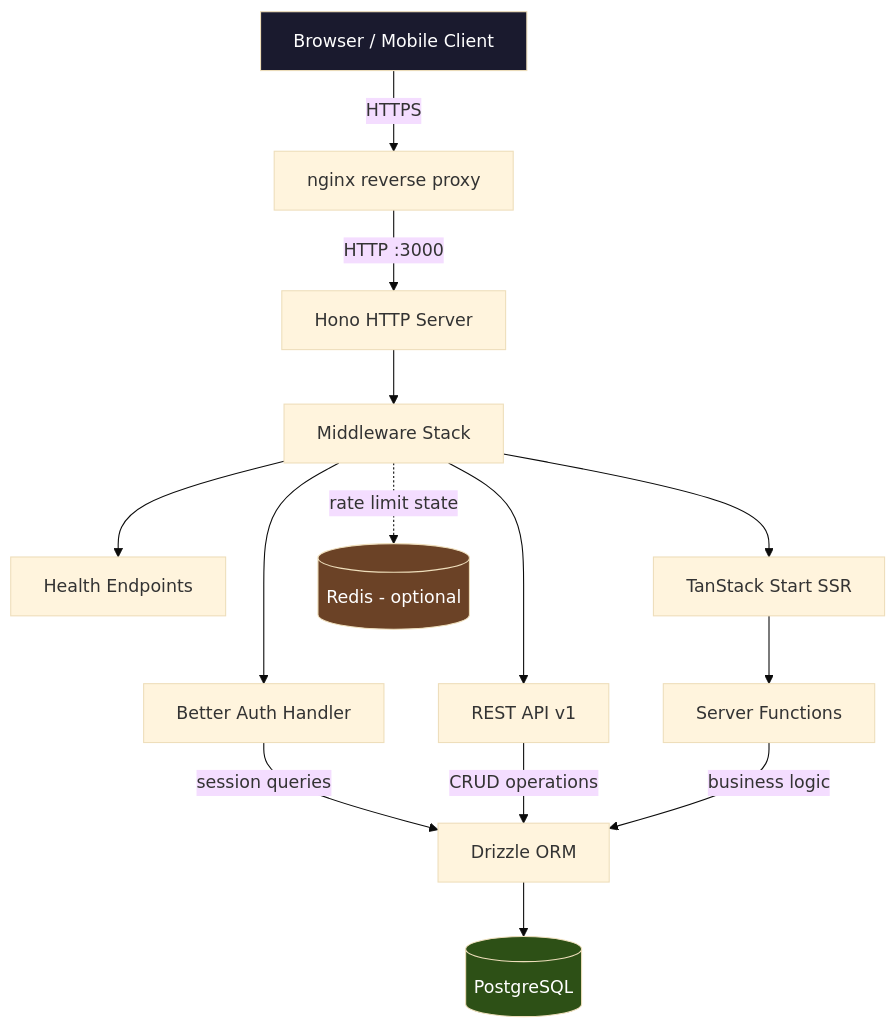
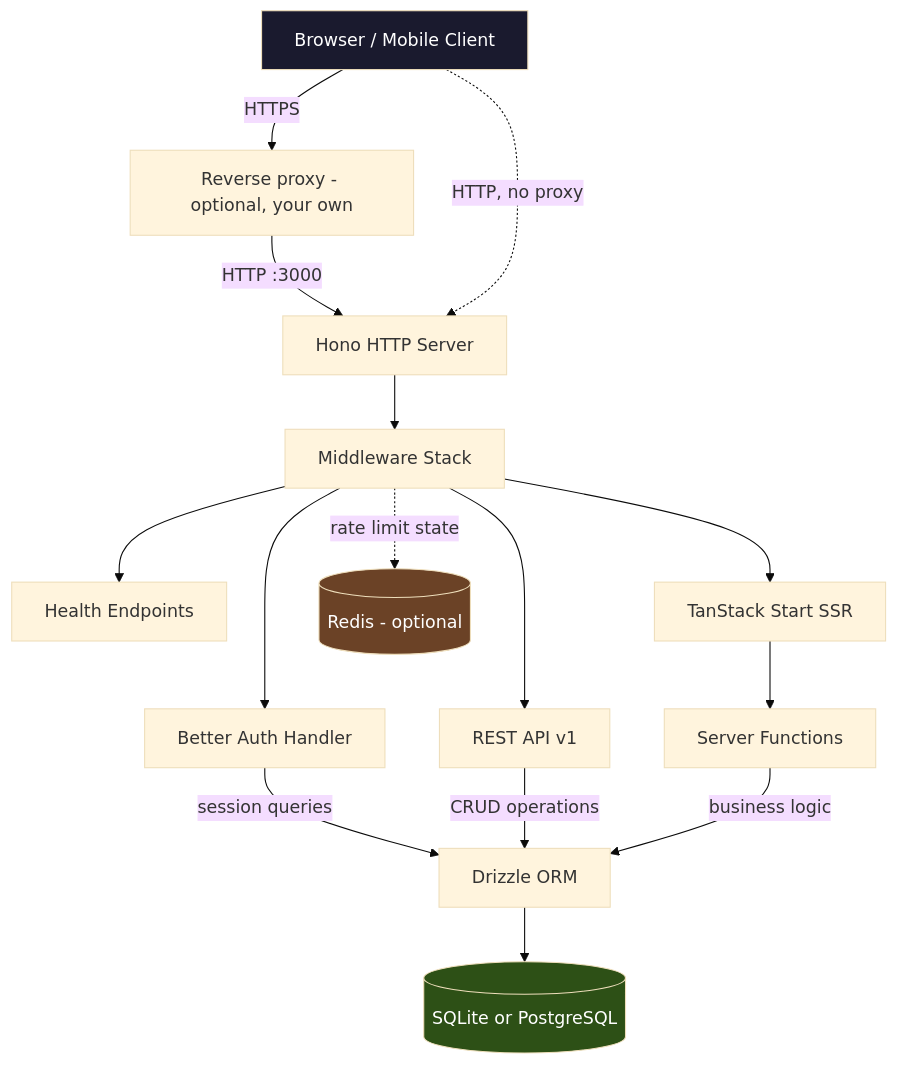
One commit to darshan-rambhia/vamsa changed the first of 2 diagrams in docs/guides/architecture.md. Above: the diagram before and after it, drawn with Mermaid (base theme). The commit also changed other lines of this file and 70 other files, not shown here.

````diff
--- a/docs/guides/architecture.md
+++ b/docs/guides/architecture.md
@@ -40,36 +42,37 @@
 ```mermaid
 flowchart TD
     Client[Browser / Mobile Client]
-    Nginx[nginx reverse proxy]
+    Proxy[Reverse proxy - optional, your own]
     Hono[Hono HTTP Server]
     MW[Middleware Stack]
     Health[Health Endpoints]
     Auth[Better Auth Handler]
     API[REST API v1]
     TSS[TanStack Start SSR]
     SF[Server Functions]
     Drizzle[Drizzle ORM]
-    PG[(PostgreSQL)]
+    PG[(SQLite or PostgreSQL)]
     Redis[(Redis - optional)]
 
-    Client -->|HTTPS| Nginx
-    Nginx -->|HTTP :3000| Hono
+    Client -->|HTTPS| Proxy
+    Proxy -->|HTTP :3000| Hono
+    Client -.->|HTTP, no proxy| Hono
     Hono --> MW
 
     MW --> Health
     MW --> Auth
     MW --> API
     MW --> TSS
 
     Auth -->|session queries| Drizzle
     API -->|CRUD operations| Drizzle
     TSS --> SF
     SF -->|business logic| Drizzle
     Drizzle --> PG
 
     MW -.->|rate limit state| Redis
 
     style PG fill:#2d5016,color:#fff
     style Redis fill:#6b4226,color:#fff
     style Client fill:#1a1a2e,color:#fff
 ```
````
